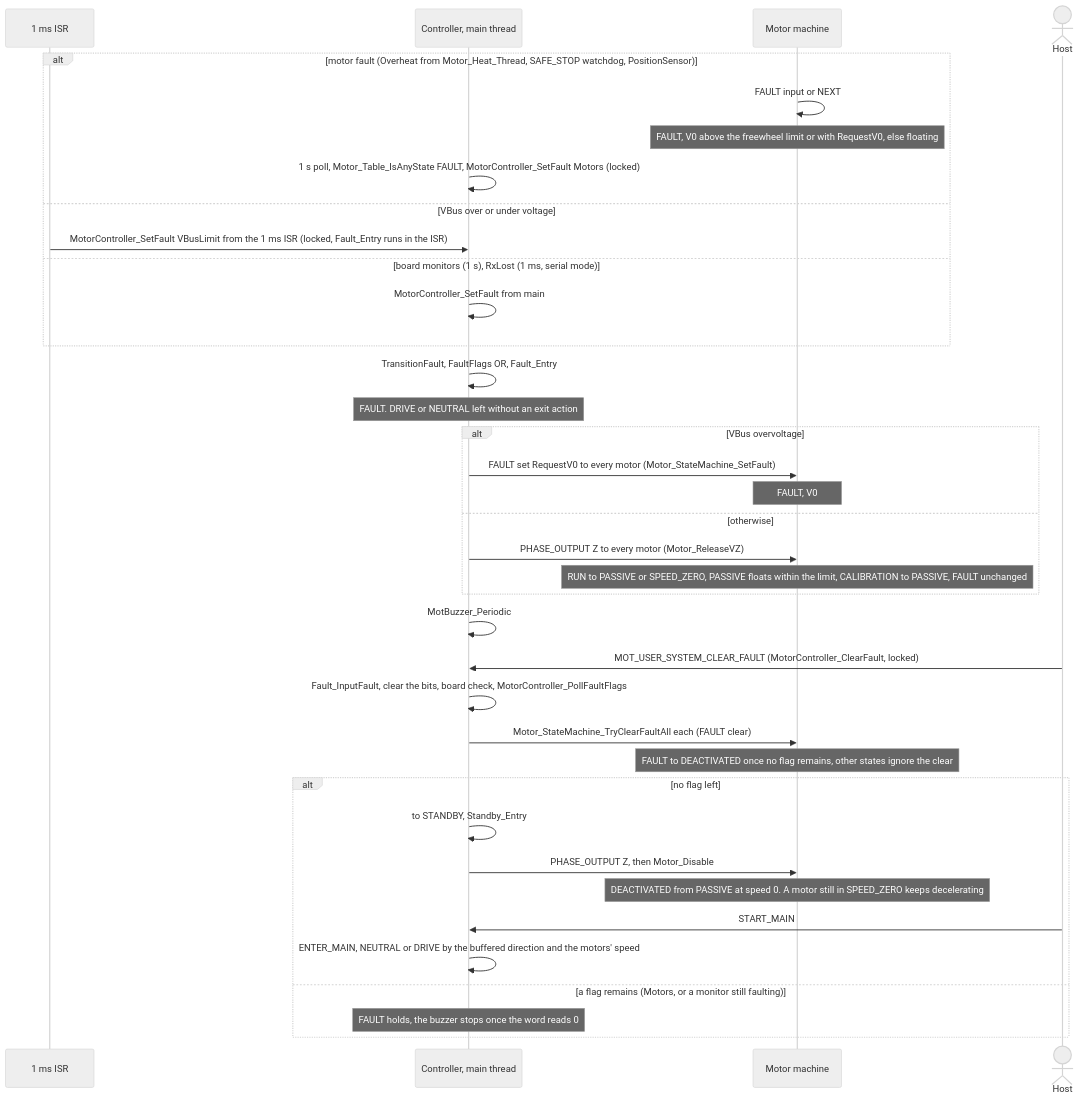
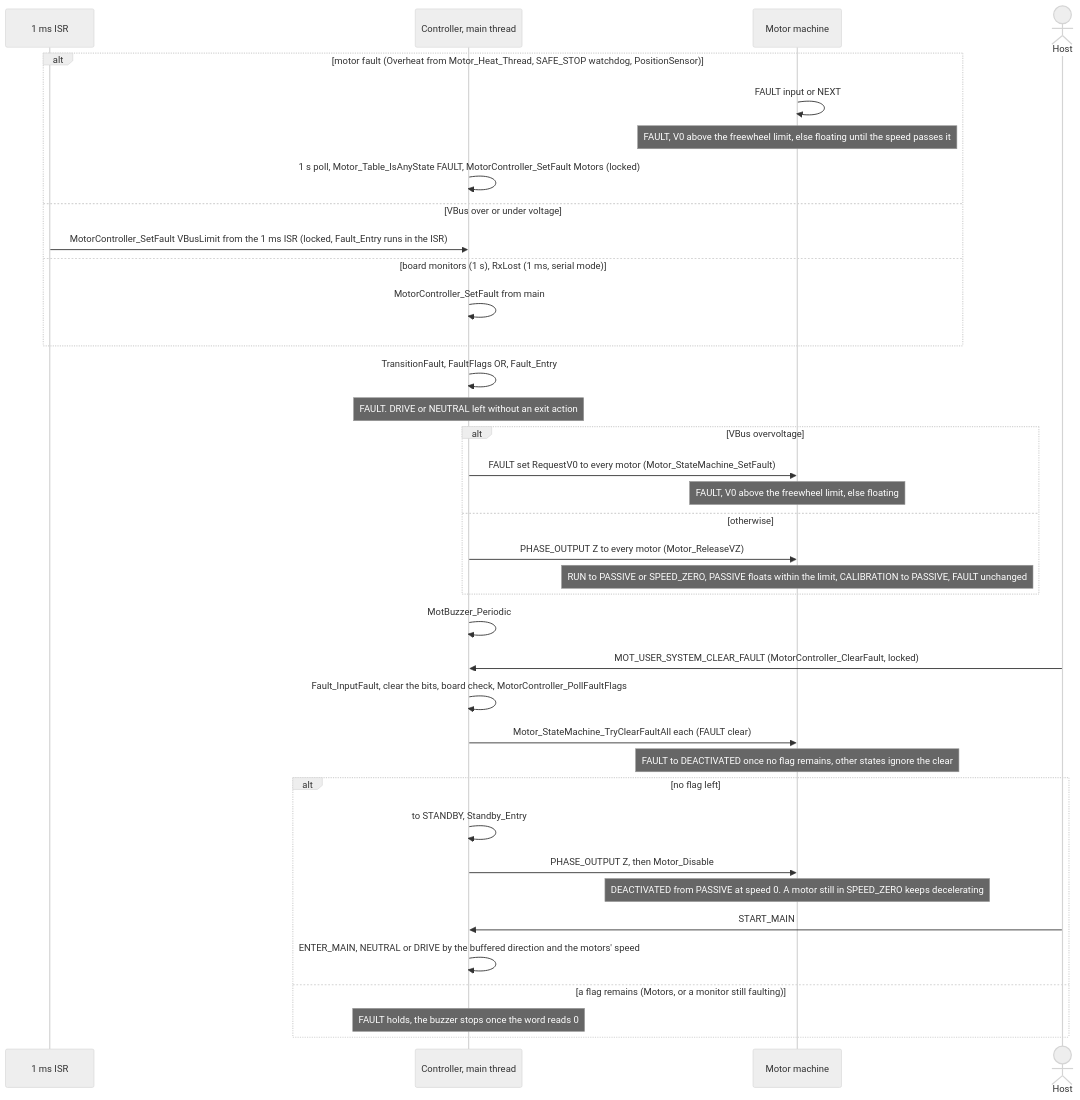
The sixth of 6 diagrams in Motor/MotorController/Traction/MotorController_Traction.md (FireSourcery/FireSourcery_Library), drawn with Mermaid (neutral theme) before and after one commit. The commit also changed other lines of this file and 7 other files, not shown here.

````diff
--- a/Motor/MotorController/Traction/MotorController_Traction.md
+++ b/Motor/MotorController/Traction/MotorController_Traction.md
@@ -257,39 +257,39 @@
 ```mermaid
 sequenceDiagram
     participant T as 1 ms ISR
     participant C as Controller, main thread
     participant M as Motor machine
     actor U as Host
     alt motor fault (Overheat from Motor_Heat_Thread, SAFE_STOP watchdog, PositionSensor)
         M->>M: FAULT input or NEXT
-        Note over M: FAULT, V0 above the freewheel limit or with RequestV0, else floating
+        Note over M: FAULT, V0 above the freewheel limit, else floating until the speed passes it
         C->>C: 1 s poll, Motor_Table_IsAnyState FAULT, MotorController_SetFault Motors (locked)
     else VBus over or under voltage
         T->>C: MotorController_SetFault VBusLimit from the 1 ms ISR (locked, Fault_Entry runs in the ISR)
     else board monitors (1 s), RxLost (1 ms, serial mode)
         C->>C: MotorController_SetFault from main
     end
     C->>C: TransitionFault, FaultFlags OR, Fault_Entry
     Note over C: FAULT. DRIVE or NEUTRAL left without an exit action
     alt VBus overvoltage
         C->>M: FAULT set RequestV0 to every motor (Motor_StateMachine_SetFault)
-        Note over M: FAULT, V0
+        Note over M: FAULT, V0 above the freewheel limit, else floating
     else otherwise
         C->>M: PHASE_OUTPUT Z to every motor (Motor_ReleaseVZ)
         Note over M: RUN to PASSIVE or SPEED_ZERO, PASSIVE floats within the limit, CALIBRATION to PASSIVE, FAULT unchanged
     end
     C->>C: MotBuzzer_Periodic
     U->>C: MOT_USER_SYSTEM_CLEAR_FAULT (MotorController_ClearFault, locked)
     C->>C: Fault_InputFault, clear the bits, board check, MotorController_PollFaultFlags
     C->>M: Motor_StateMachine_TryClearFaultAll each (FAULT clear)
     Note over M: FAULT to DEACTIVATED once no flag remains, other states ignore the clear
     alt no flag left
         C->>C: to STANDBY, Standby_Entry
         C->>M: PHASE_OUTPUT Z, then Motor_Disable
         Note over M: DEACTIVATED from PASSIVE at speed 0. A motor still in SPEED_ZERO keeps decelerating
         U->>C: START_MAIN
         C->>C: ENTER_MAIN, NEUTRAL or DRIVE by the buffered direction and the motors' speed
     else a flag remains (Motors, or a monitor still faulting)
         Note over C: FAULT holds, the buzzer stops once the word reads 0
     end
 ```
````
